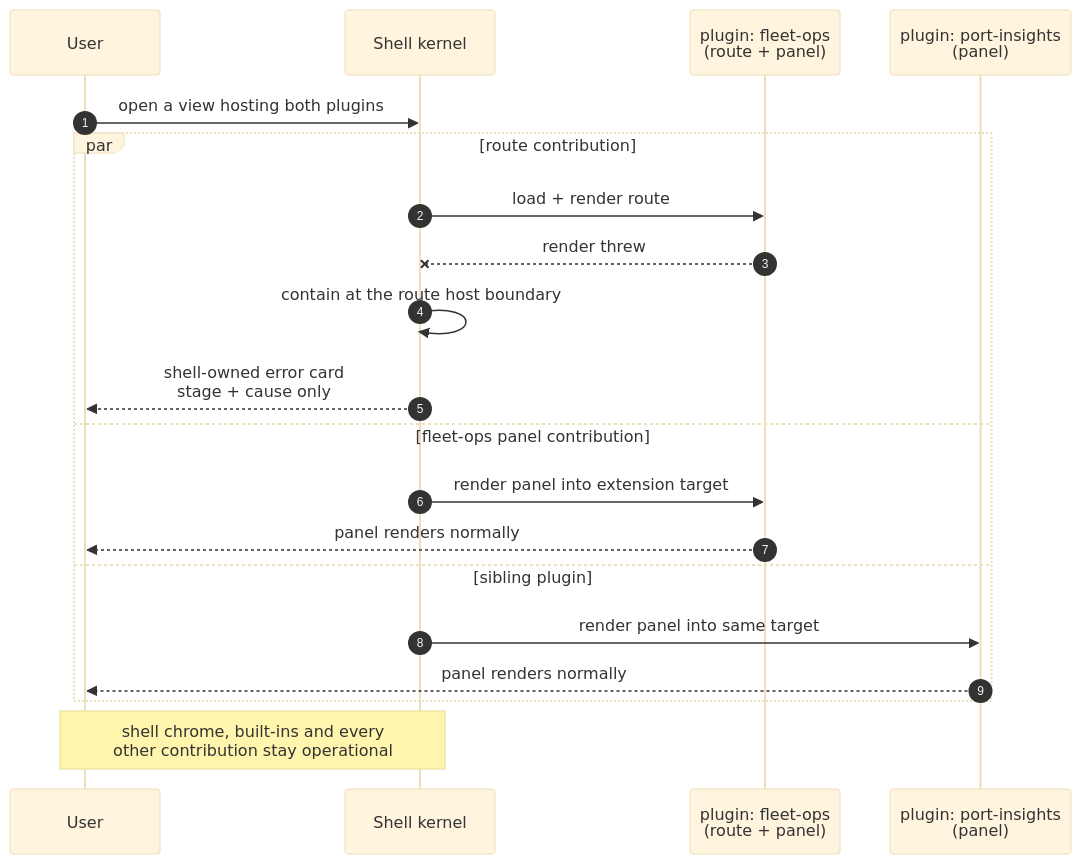
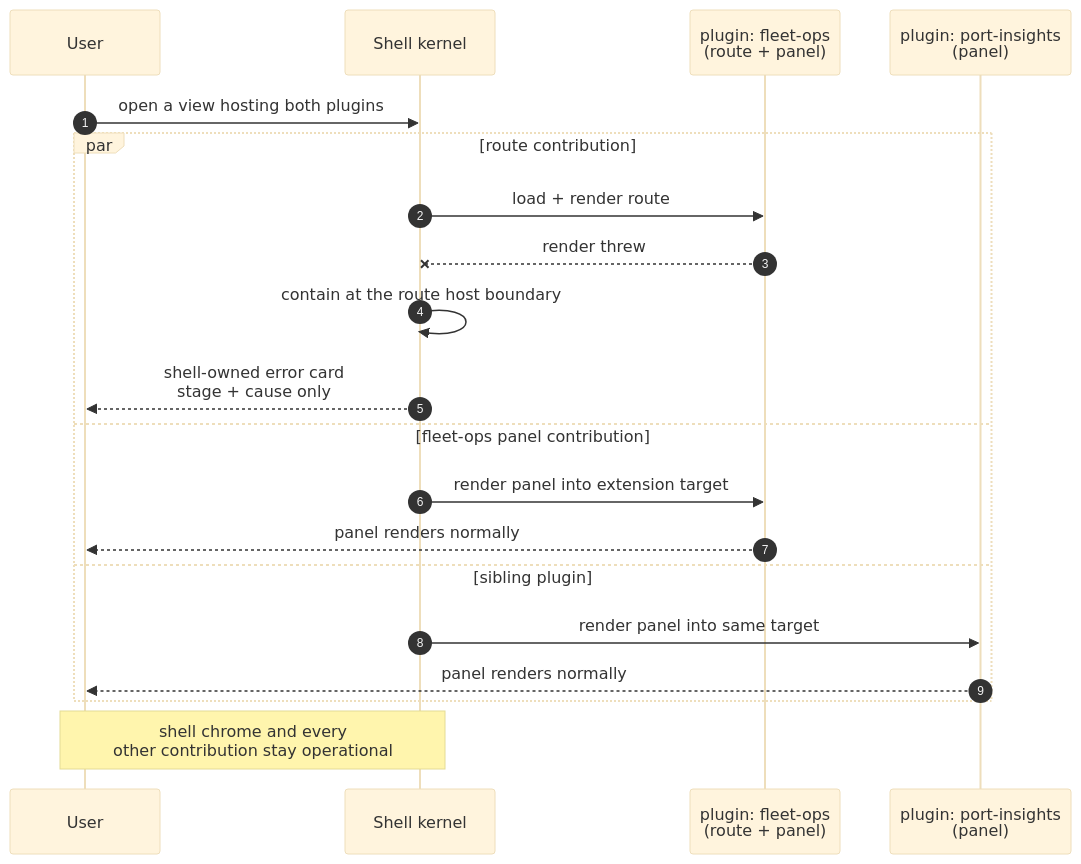
Before and after one commit to jthomas78/nats-tech-lab: the fifth of 8 diagrams in obsidian/V3-Platform/Architecture/Dictionary-POC/ARCHITECTURE-APP-SHELL.md, drawn with Mermaid (base theme). The commit also changed other lines of this file and 170 other files, not shown here.

````diff
--- a/obsidian/V3-Platform/Architecture/Dictionary-POC/ARCHITECTURE-APP-SHELL.md
+++ b/obsidian/V3-Platform/Architecture/Dictionary-POC/ARCHITECTURE-APP-SHELL.md
@@ -393,23 +464,23 @@
 ```mermaid
 sequenceDiagram
     autonumber
     participant U as User
     participant Shell as Shell kernel
     participant A as plugin: fleet-ops<br/>(route + panel)
     participant B as plugin: port-insights<br/>(panel)
 
     U->>Shell: open a view hosting both plugins
     par route contribution
         Shell->>A: load + render route
         A--xShell: render threw
         Shell->>Shell: contain at the route host boundary
         Shell-->>U: shell-owned error card<br/>stage + cause only
     and fleet-ops panel contribution
         Shell->>A: render panel into extension target
         A-->>U: panel renders normally
     and sibling plugin
         Shell->>B: render panel into same target
         B-->>U: panel renders normally
     end
-    Note over Shell,U: shell chrome, built-ins and every<br/>other contribution stay operational
+    Note over Shell,U: shell chrome and every<br/>other contribution stay operational
 ```
````
